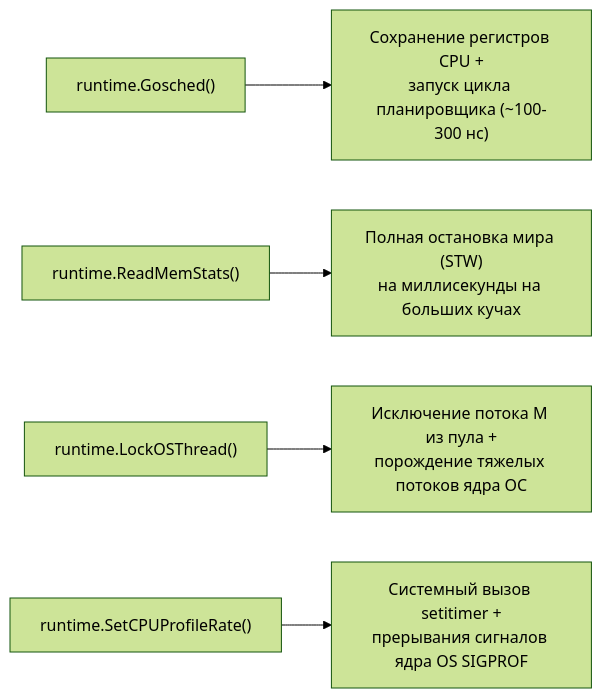
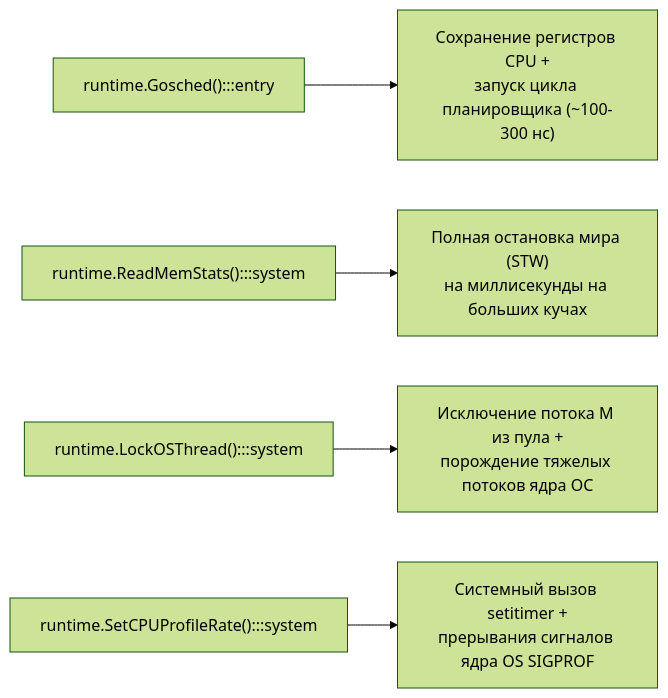
Before and after one commit to UnrealTemplier/go-textbook: the second of 2 diagrams in sources/16. Профилирование, отладка и производительность/08. Runtime и инструменты/1. runtime пакет.md, drawn with Mermaid (forest theme). The commit also changed other lines of this file and 1666 other files, not shown here.

First line of the commit message:
feat(mermaid): add semantic color classDef to 1369 colorless flowchart/graph diagrams

````diff
--- a/sources/16. Профилирование, отладка и производительность/08. Runtime и инструменты/1. runtime пакет.md
+++ b/sources/16. Профилирование, отладка и производительность/08. Runtime и инструменты/1. runtime пакет.md
@@ -265,7 +275,17 @@
 ```mermaid
 flowchart LR
-    Gosched["runtime.Gosched()"] --> ContextSwitch["Сохранение регистров CPU +<br/>запуск цикла планировщика (~100-300 нс)"]
-    ReadMemStats["runtime.ReadMemStats()"] --> STWPause["Полная остановка мира (STW)<br/>на миллисекунды на больших кучах"]
-    LockOS["runtime.LockOSThread()"] --> MExclusion["Исключение потока M из пула +<br/>порождение тяжелых потоков ядра ОС"]
-    Profile["runtime.SetCPUProfileRate()"] --> SyscallTimer["Системный вызов setitimer +<br/>прерывания сигналов ядра OS SIGPROF"]
+    classDef process  fill:#1e293b,stroke:#38bdf8,stroke-width:1px,color:#f8fafc
+    classDef success  fill:#064e3b,stroke:#34d399,stroke-width:1px,color:#f8fafc
+    classDef error    fill:#7f1d1d,stroke:#f87171,stroke-width:1px,color:#f8fafc
+    classDef warning  fill:#78350f,stroke:#fbbf24,stroke-width:1px,color:#f8fafc
+    classDef entry    fill:#1e3a5f,stroke:#38bdf8,stroke-width:2px,color:#f8fafc
+    classDef aux      fill:#334155,stroke:#64748b,stroke-width:1px,color:#f8fafc
+    classDef system   fill:#312e81,stroke:#a78bfa,stroke-width:1px,color:#f8fafc
+    classDef data     fill:#132d29,stroke:#2dd4bf,stroke-width:1px,color:#f8fafc
+    classDef network  fill:#881337,stroke:#fb7185,stroke-width:1px,color:#f8fafc
+    classDef accent   fill:#1e1b4b,stroke:#818cf8,stroke-width:1px,color:#f8fafc
+    Gosched["runtime.Gosched():::entry"] --> ContextSwitch["Сохранение регистров CPU +<br/>запуск цикла планировщика (~100-300 нс)"]
+    ReadMemStats["runtime.ReadMemStats():::system"] --> STWPause["Полная остановка мира (STW)<br/>на миллисекунды на больших кучах"]
+    LockOS["runtime.LockOSThread():::system"] --> MExclusion["Исключение потока M из пула +<br/>порождение тяжелых потоков ядра ОС"]
+    Profile["runtime.SetCPUProfileRate():::system"] --> SyscallTimer["Системный вызов setitimer +<br/>прерывания сигналов ядра OS SIGPROF"]
 ```
````
